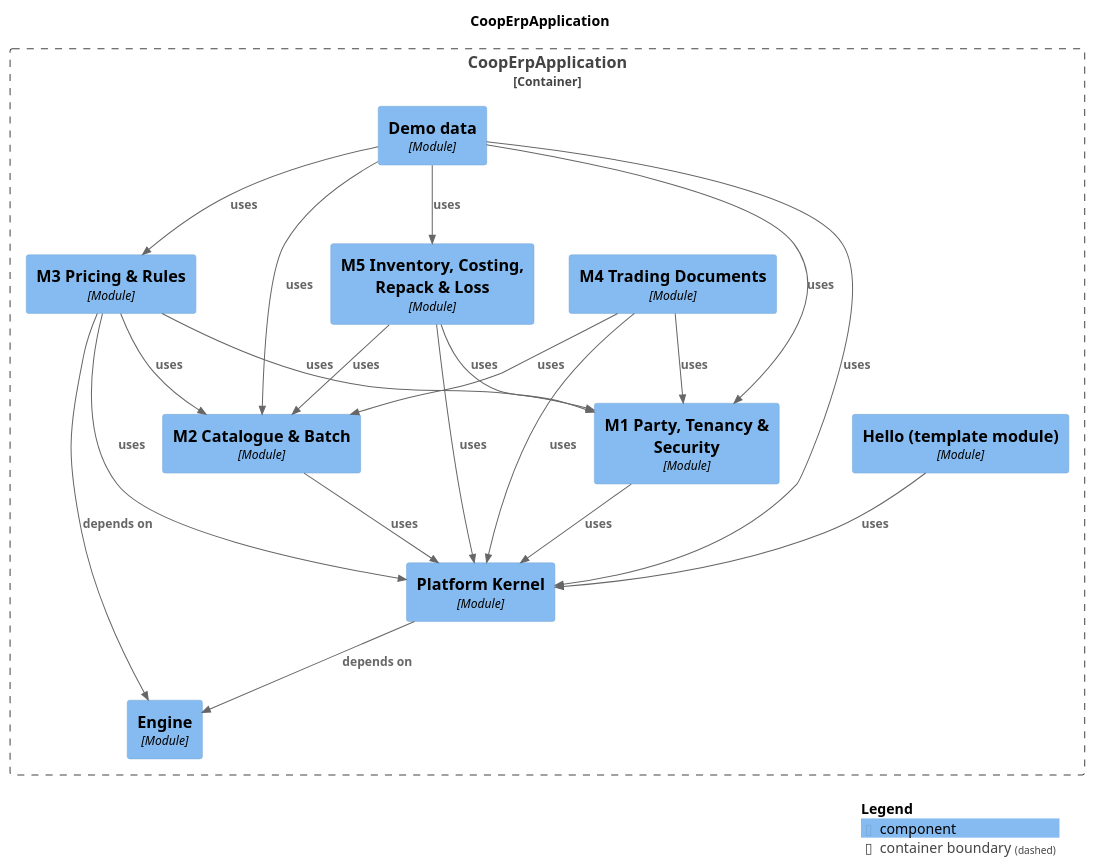
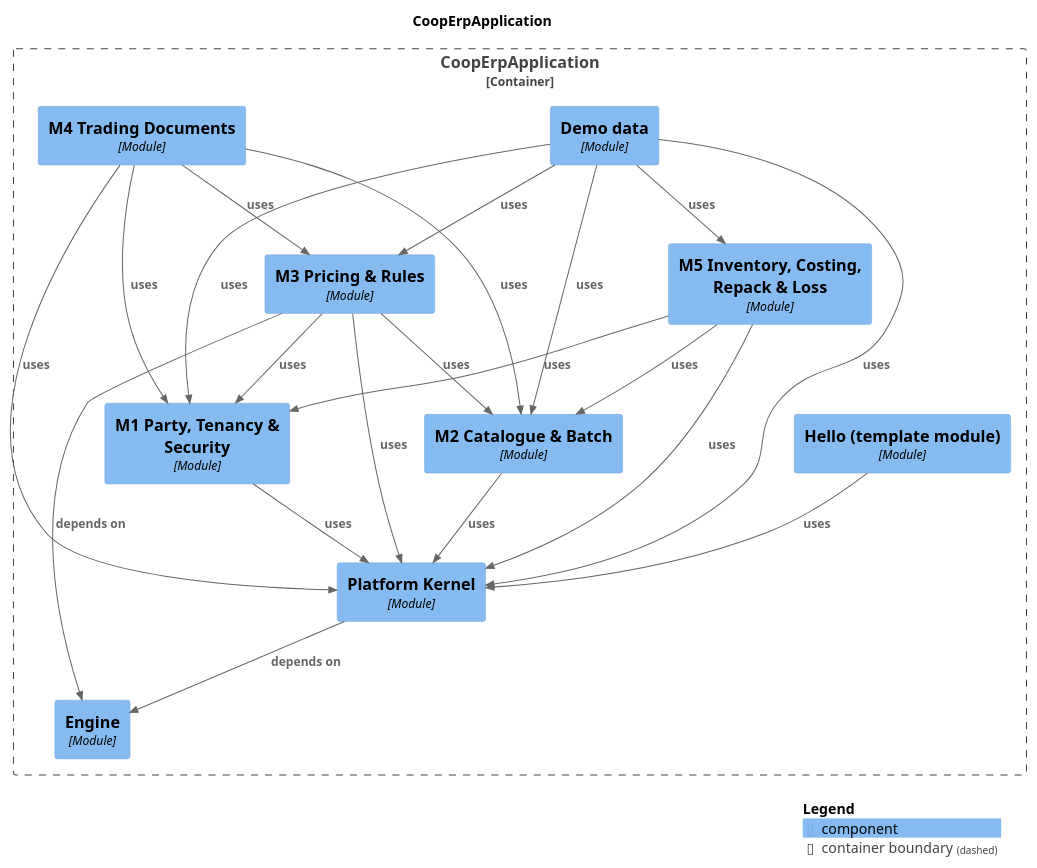
One commit to Knoweb/COOP_ERP changed the diagram in docs/modules/components.puml. Above: the diagram before and after it, drawn with PlantUML. The commit also changed 35 other files, not shown here.

```diff
--- a/docs/modules/components.puml
+++ b/docs/modules/components.puml
@@ -1,44 +1,45 @@
 @startuml
 set separator none
 title CoopErpApplication
 
 top to bottom direction
 
 !include <C4/C4>
 !include <C4/C4_Context>
 !include <C4/C4_Component>
 
 Container_Boundary("CoopErpApplication.CoopErpApplication_boundary", "CoopErpApplication", $tags="") {
-  Component(CoopErpApplication.CoopErpApplication.M4TradingDocuments, "M4 Trading Documents", $techn="Module", $descr="", $tags="", $link="")
   Component(CoopErpApplication.CoopErpApplication.M5InventoryCostingRepackLoss, "M5 Inventory, Costing, Repack & Loss", $techn="Module", $descr="", $tags="", $link="")
   Component(CoopErpApplication.CoopErpApplication.Demodata, "Demo data", $techn="Module", $descr="", $tags="", $link="")
+  Component(CoopErpApplication.CoopErpApplication.M4TradingDocuments, "M4 Trading Documents", $techn="Module", $descr="", $tags="", $link="")
   Component(CoopErpApplication.CoopErpApplication.Engine, "Engine", $techn="Module", $descr="", $tags="", $link="")
   Component(CoopErpApplication.CoopErpApplication.PlatformKernel, "Platform Kernel", $techn="Module", $descr="", $tags="", $link="")
   Component(CoopErpApplication.CoopErpApplication.Hellotemplatemodule, "Hello (template module)", $techn="Module", $descr="", $tags="", $link="")
   Component(CoopErpApplication.CoopErpApplication.M1PartyTenancySecurity, "M1 Party, Tenancy & Security", $techn="Module", $descr="", $tags="", $link="")
   Component(CoopErpApplication.CoopErpApplication.M2CatalogueBatch, "M2 Catalogue & Batch", $techn="Module", $descr="", $tags="", $link="")
   Component(CoopErpApplication.CoopErpApplication.M3PricingRules, "M3 Pricing & Rules", $techn="Module", $descr="", $tags="", $link="")
 }
 
 Rel(CoopErpApplication.CoopErpApplication.Demodata, CoopErpApplication.CoopErpApplication.M1PartyTenancySecurity, "uses", $techn="", $tags="", $link="")
 Rel(CoopErpApplication.CoopErpApplication.Demodata, CoopErpApplication.CoopErpApplication.M2CatalogueBatch, "uses", $techn="", $tags="", $link="")
 Rel(CoopErpApplication.CoopErpApplication.Demodata, CoopErpApplication.CoopErpApplication.M3PricingRules, "uses", $techn="", $tags="", $link="")
 Rel(CoopErpApplication.CoopErpApplication.Demodata, CoopErpApplication.CoopErpApplication.M5InventoryCostingRepackLoss, "uses", $techn="", $tags="", $link="")
 Rel(CoopErpApplication.CoopErpApplication.Demodata, CoopErpApplication.CoopErpApplication.PlatformKernel, "uses", $techn="", $tags="", $link="")
 Rel(CoopErpApplication.CoopErpApplication.Hellotemplatemodule, CoopErpApplication.CoopErpApplication.PlatformKernel, "uses", $techn="", $tags="", $link="")
 Rel(CoopErpApplication.CoopErpApplication.M1PartyTenancySecurity, CoopErpApplication.CoopErpApplication.PlatformKernel, "uses", $techn="", $tags="", $link="")
 Rel(CoopErpApplication.CoopErpApplication.M2CatalogueBatch, CoopErpApplication.CoopErpApplication.PlatformKernel, "uses", $techn="", $tags="", $link="")
 Rel(CoopErpApplication.CoopErpApplication.M3PricingRules, CoopErpApplication.CoopErpApplication.Engine, "depends on", $techn="", $tags="", $link="")
 Rel(CoopErpApplication.CoopErpApplication.M3PricingRules, CoopErpApplication.CoopErpApplication.M1PartyTenancySecurity, "uses", $techn="", $tags="", $link="")
 Rel(CoopErpApplication.CoopErpApplication.M3PricingRules, CoopErpApplication.CoopErpApplication.M2CatalogueBatch, "uses", $techn="", $tags="", $link="")
 Rel(CoopErpApplication.CoopErpApplication.M3PricingRules, CoopErpApplication.CoopErpApplication.PlatformKernel, "uses", $techn="", $tags="", $link="")
 Rel(CoopErpApplication.CoopErpApplication.M4TradingDocuments, CoopErpApplication.CoopErpApplication.M1PartyTenancySecurity, "uses", $techn="", $tags="", $link="")
 Rel(CoopErpApplication.CoopErpApplication.M4TradingDocuments, CoopErpApplication.CoopErpApplication.M2CatalogueBatch, "uses", $techn="", $tags="", $link="")
+Rel(CoopErpApplication.CoopErpApplication.M4TradingDocuments, CoopErpApplication.CoopErpApplication.M3PricingRules, "uses", $techn="", $tags="", $link="")
 Rel(CoopErpApplication.CoopErpApplication.M4TradingDocuments, CoopErpApplication.CoopErpApplication.PlatformKernel, "uses", $techn="", $tags="", $link="")
 Rel(CoopErpApplication.CoopErpApplication.M5InventoryCostingRepackLoss, CoopErpApplication.CoopErpApplication.M1PartyTenancySecurity, "uses", $techn="", $tags="", $link="")
 Rel(CoopErpApplication.CoopErpApplication.M5InventoryCostingRepackLoss, CoopErpApplication.CoopErpApplication.M2CatalogueBatch, "uses", $techn="", $tags="", $link="")
 Rel(CoopErpApplication.CoopErpApplication.M5InventoryCostingRepackLoss, CoopErpApplication.CoopErpApplication.PlatformKernel, "uses", $techn="", $tags="", $link="")
 Rel(CoopErpApplication.CoopErpApplication.PlatformKernel, CoopErpApplication.CoopErpApplication.Engine, "depends on", $techn="", $tags="", $link="")
 
 SHOW_LEGEND(true)
 @enduml
```
